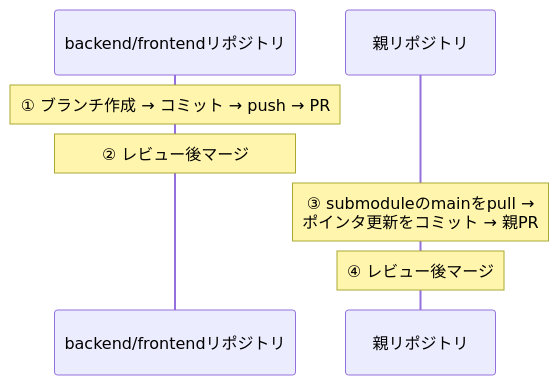
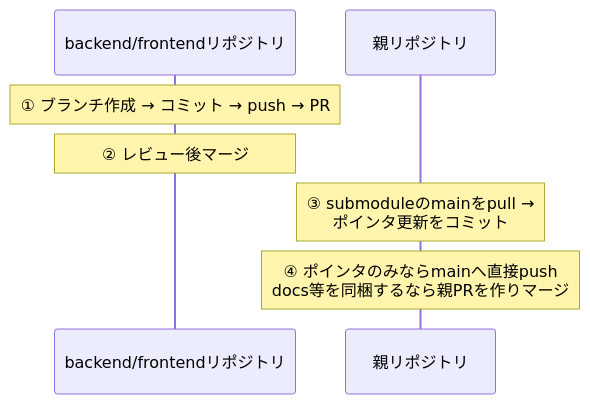
The second of 4 diagrams in docs/guide/07_development_operations.md (shin4488/financial-statement), drawn with Mermaid before and after one commit. The commit also changed 1 other file, not shown here.

Commit message:
update: ポインタ更新のみは親mainへ直接コミットする運用を明文化

````diff
--- a/docs/guide/07_development_operations.md
+++ b/docs/guide/07_development_operations.md
@@ -38,10 +38,10 @@
 ```mermaid
 sequenceDiagram
     participant B as backend/frontendリポジトリ
     participant P as 親リポジトリ
 
     Note over B: ① ブランチ作成 → コミット → push → PR
     Note over B: ② レビュー後マージ
-    Note over P: ③ submoduleのmainをpull →<br>ポインタ更新をコミット → 親PR
-    Note over P: ④ レビュー後マージ
+    Note over P: ③ submoduleのmainをpull →<br>ポインタ更新をコミット
+    Note over P: ④ ポインタのみならmainへ直接push<br>docs等を同梱するなら親PRを作りマージ
 ```
````
